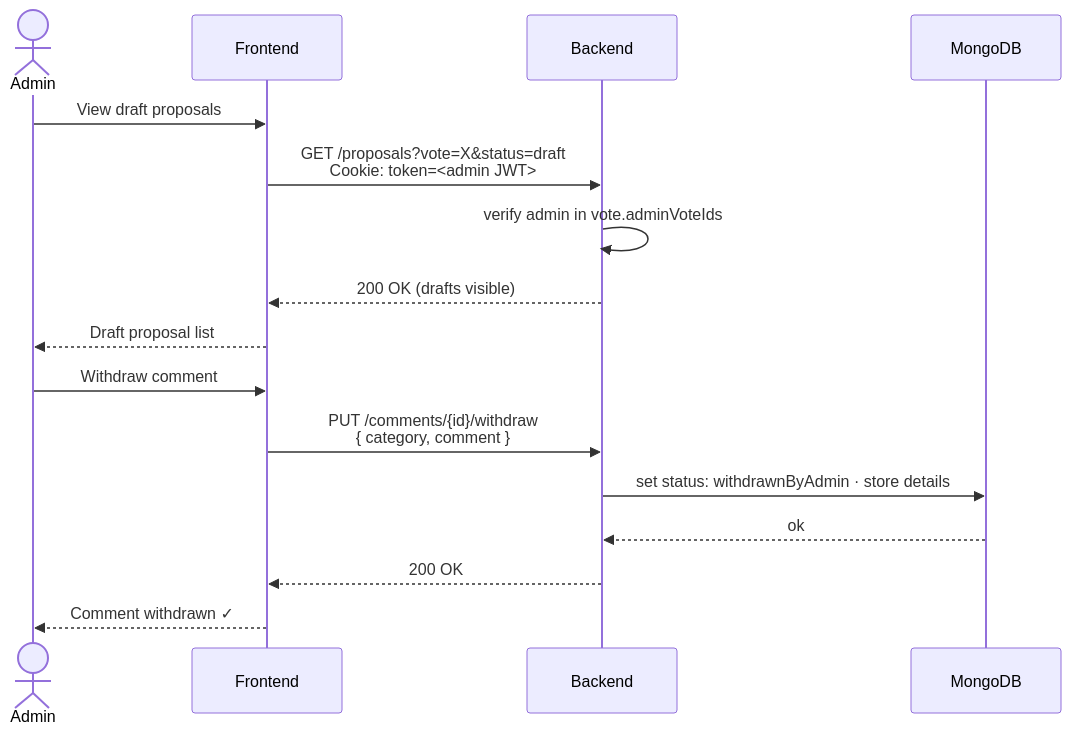
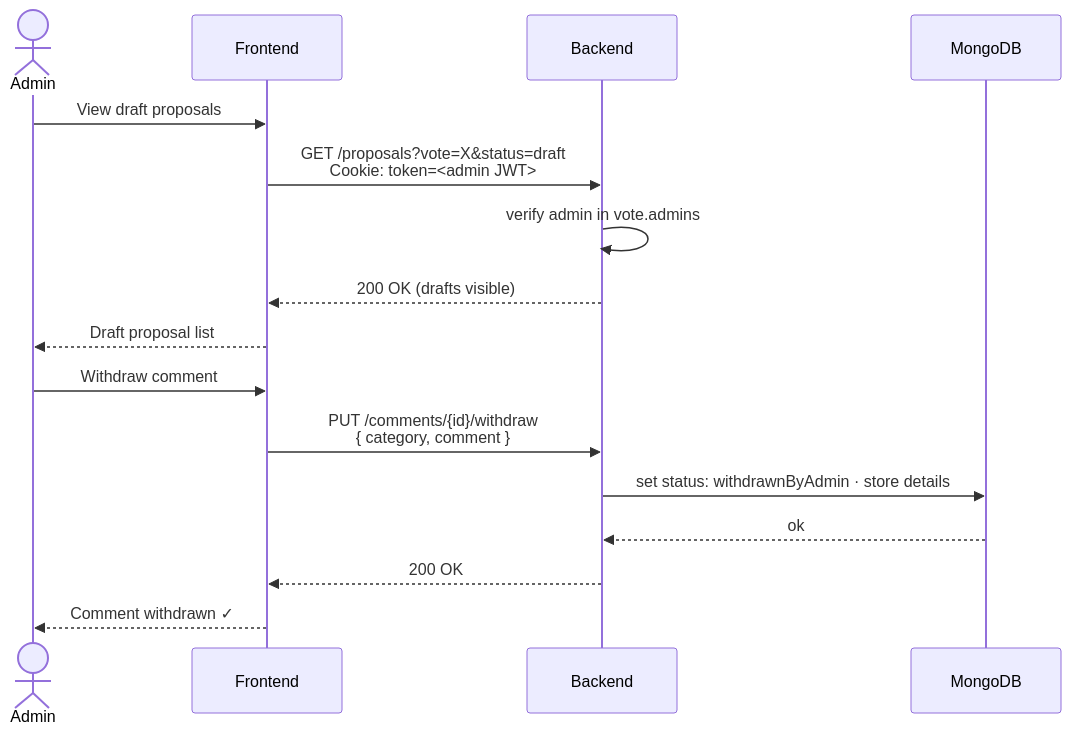
Before and after one commit to lerna-labs/ekklesia-proposal-module: the fifth of 5 diagrams in docs/system-architecture.md, drawn with Mermaid. The commit also changed other lines of this file and 28 other files, not shown here.

````diff
--- a/docs/system-architecture.md
+++ b/docs/system-architecture.md
@@ -405,20 +408,20 @@
 ```mermaid
 sequenceDiagram
     actor Admin
     participant Frontend
     participant Backend
     participant MongoDB
 
     Admin->>Frontend: View draft proposals
     Frontend->>Backend: GET /proposals?vote=X&status=draft<br/>Cookie: token=<admin JWT>
-    Backend->>Backend: verify admin in vote.adminVoteIds
+    Backend->>Backend: verify admin in vote.admins
     Backend-->>Frontend: 200 OK (drafts visible)
     Frontend-->>Admin: Draft proposal list
 
     Admin->>Frontend: Withdraw comment
     Frontend->>Backend: PUT /comments/{id}/withdraw<br/>{ category, comment }
     Backend->>MongoDB: set status: withdrawnByAdmin · store details
     MongoDB-->>Backend: ok
     Backend-->>Frontend: 200 OK
     Frontend-->>Admin: Comment withdrawn ✓
 ```
````
